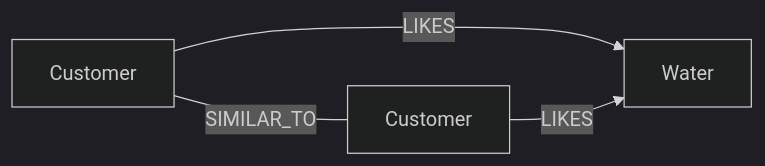
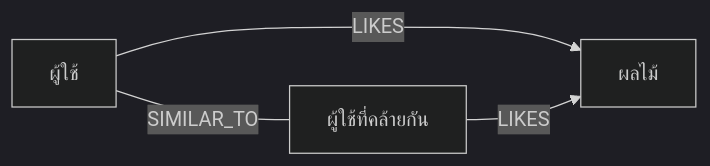
The second of 2 diagrams in docs/PROJECT_GUIDE_TH.md (pungpisduangdaw01-arch/664245004pj), drawn with Mermaid (dark theme) before and after one commit. The commit also changed other lines of this file and 3 other files, not shown here.

````diff
--- a/docs/PROJECT_GUIDE_TH.md
+++ b/docs/PROJECT_GUIDE_TH.md
@@ -43,6 +56,6 @@
 ```mermaid
 graph LR
-    C1[Customer] -- SIMILAR_TO --- C2[Customer]
-    C1 -- LIKES --> W[Water]
-    C2 -- LIKES --> W
+    U1[ผู้ใช้] -- SIMILAR_TO --- U2[ผู้ใช้ที่คล้ายกัน]
+    U1 -- LIKES --> F[ผลไม้]
+    U2 -- LIKES --> F
 ```
````
